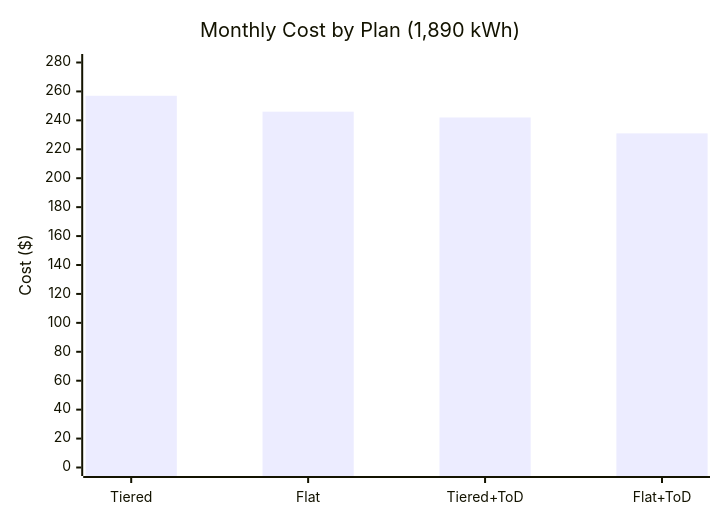
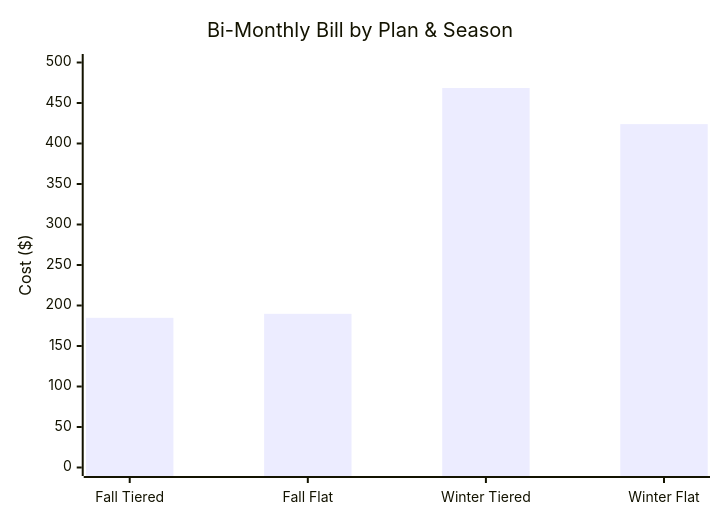
Before and after one commit to murr2k/linknode-com: the seventh of 11 diagrams in docs/BC_HYDRO_RATE_ANALYSIS.md, drawn with Mermaid. The commit also changed other lines of this file and 1 other file, not shown here.

First line of the commit message:
docs: Update rate analysis with actual bill data and seasonal patterns

````diff
--- a/docs/BC_HYDRO_RATE_ANALYSIS.md
+++ b/docs/BC_HYDRO_RATE_ANALYSIS.md
@@ -99,7 +175,7 @@
 ```mermaid
 xychart-beta
-    title "Monthly Cost by Plan (1,890 kWh)"
-    x-axis ["Tiered", "Flat", "Tiered+ToD", "Flat+ToD"]
-    y-axis "Cost ($)" 0 --> 280
-    bar [257, 246, 242, 231]
+    title "Bi-Monthly Bill by Plan & Season"
+    x-axis ["Fall Tiered", "Fall Flat", "Winter Tiered", "Winter Flat"]
+    y-axis "Cost ($)" 0 --> 500
+    bar [184.79, 189.72, 468.53, 423.91]
 ```
````
